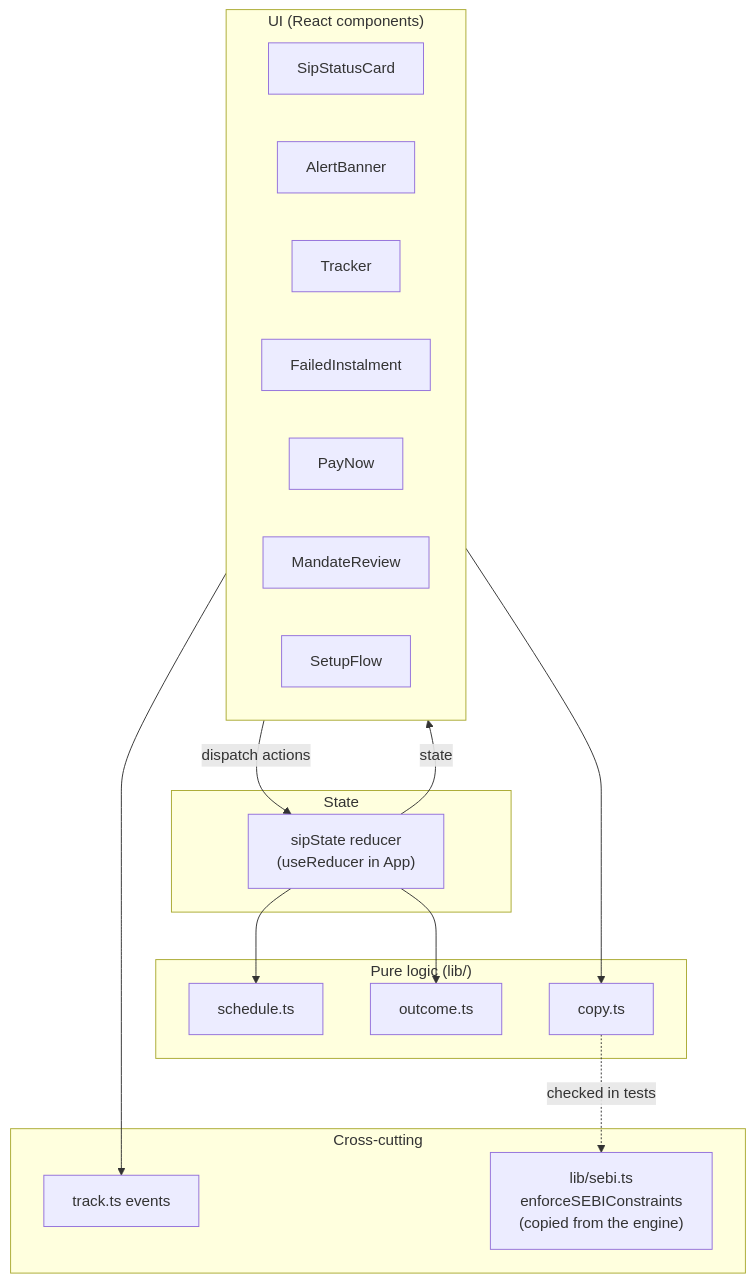
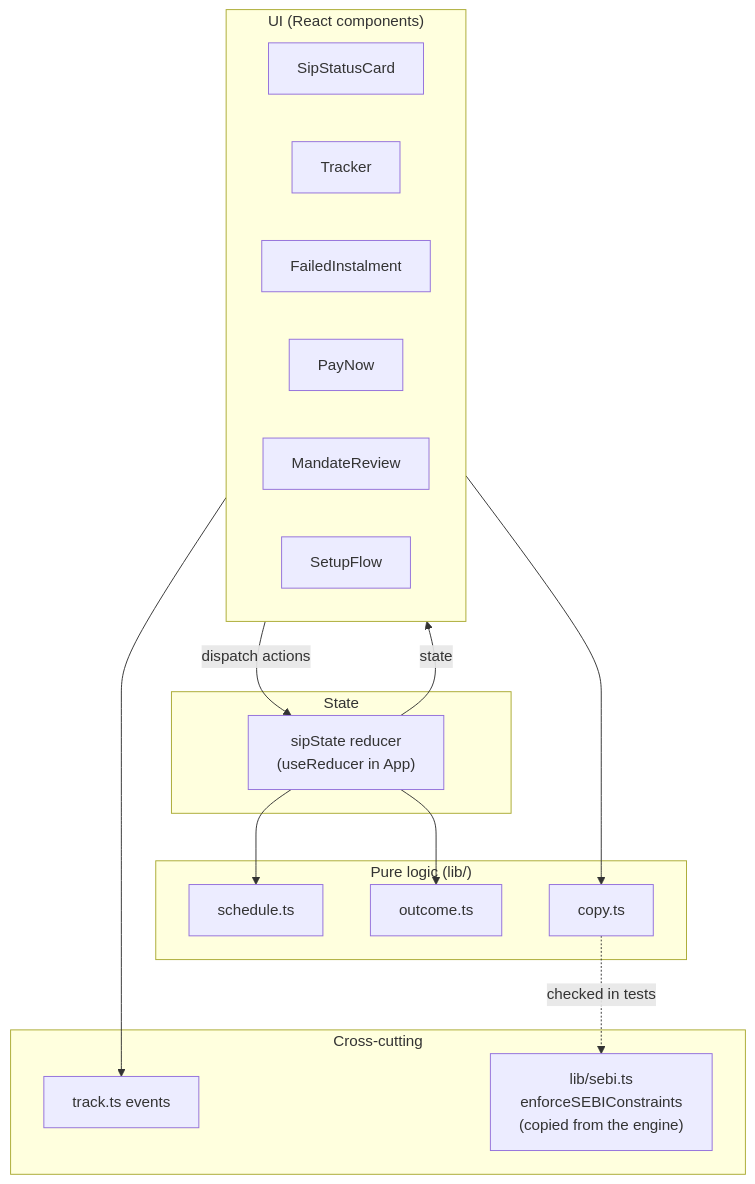
One commit to Anku46/groww-sip-discovery changed the first of 4 diagrams in MVP_Architecture.md. Above: the diagram before and after it, drawn with Mermaid. The commit also changed other lines of this file and 14 other files, not shown here.

````diff
--- a/MVP_Architecture.md
+++ b/MVP_Architecture.md
@@ -53,32 +52,31 @@
 ```mermaid
 flowchart TB
   subgraph UI["UI (React components)"]
     Status[SipStatusCard]
-    Banner[AlertBanner]
     Tracker[Tracker]
     Failed[FailedInstalment]
     Pay[PayNow]
     Mandate[MandateReview]
     Setup[SetupFlow]
   end
   subgraph State["State"]
     Reducer["sipState reducer<br/>(useReducer in App)"]
   end
   subgraph Logic["Pure logic (lib/)"]
     Schedule[schedule.ts]
     Outcome[outcome.ts]
     Copy[copy.ts]
   end
   subgraph Cross["Cross-cutting"]
     Track[track.ts events]
     SEBI["lib/sebi.ts<br/>enforceSEBIConstraints<br/>(copied from the engine)"]
   end
 
   UI -->|dispatch actions| Reducer
   Reducer -->|state| UI
   Reducer --> Schedule
   Reducer --> Outcome
   UI --> Copy
   UI --> Track
   Copy -. checked in tests .-> SEBI
 ```
````
